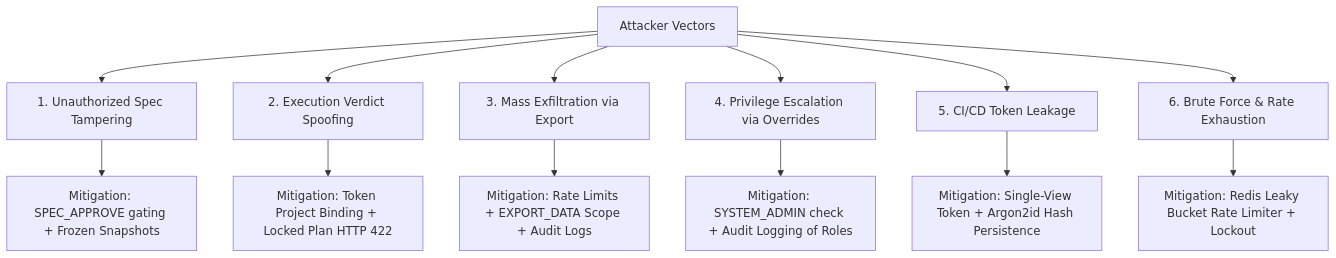
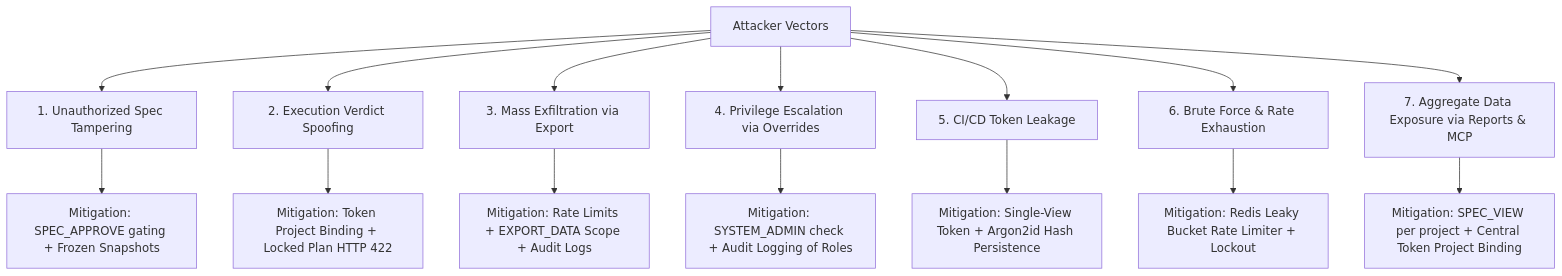
One commit to ElliotNewtonMiller/Testify changed the fourth of 4 diagrams in docs/rfc_04_rbac_security_matrix.md. Above: the diagram before and after it, drawn with Mermaid. The commit also changed other lines of this file and 9 other files, not shown here.

First line of the commit message:
Serve reports to AI agents over MCP at POST /mcp

````diff
--- a/docs/rfc_04_rbac_security_matrix.md
+++ b/docs/rfc_04_rbac_security_matrix.md
@@ -322,16 +322,18 @@
 ```mermaid
 graph TD
     A[Attacker Vectors] --> B[1. Unauthorized Spec Tampering]
     A --> C[2. Execution Verdict Spoofing]
     A --> D[3. Mass Exfiltration via Export]
     A --> E[4. Privilege Escalation via Overrides]
     A --> F[5. CI/CD Token Leakage]
     A --> G[6. Brute Force & Rate Exhaustion]
+    A --> H[7. Aggregate Data Exposure via Reports & MCP]
 
     B --> B1[Mitigation: SPEC_APPROVE gating + Frozen Snapshots]
     C --> C1[Mitigation: Token Project Binding + Locked Plan HTTP 422]
     D --> D1[Mitigation: Rate Limits + EXPORT_DATA Scope + Audit Logs]
     E --> E1[Mitigation: SYSTEM_ADMIN check + Audit Logging of Roles]
     F --> F1[Mitigation: Single-View Token + Argon2id Hash Persistence]
     G --> G1[Mitigation: Redis Leaky Bucket Rate Limiter + Lockout]
+    H --> H1[Mitigation: SPEC_VIEW per project + Central Token Project Binding]
 ```
````
